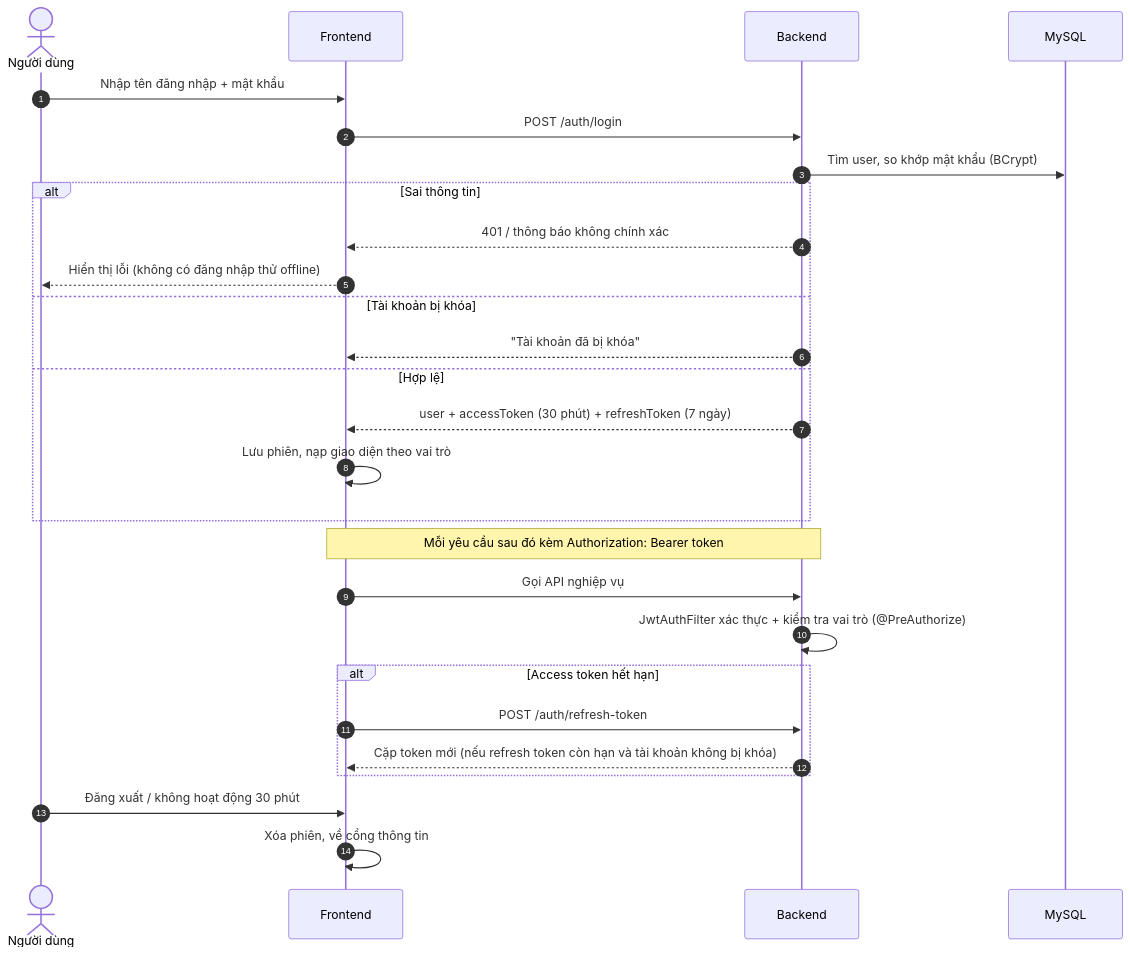
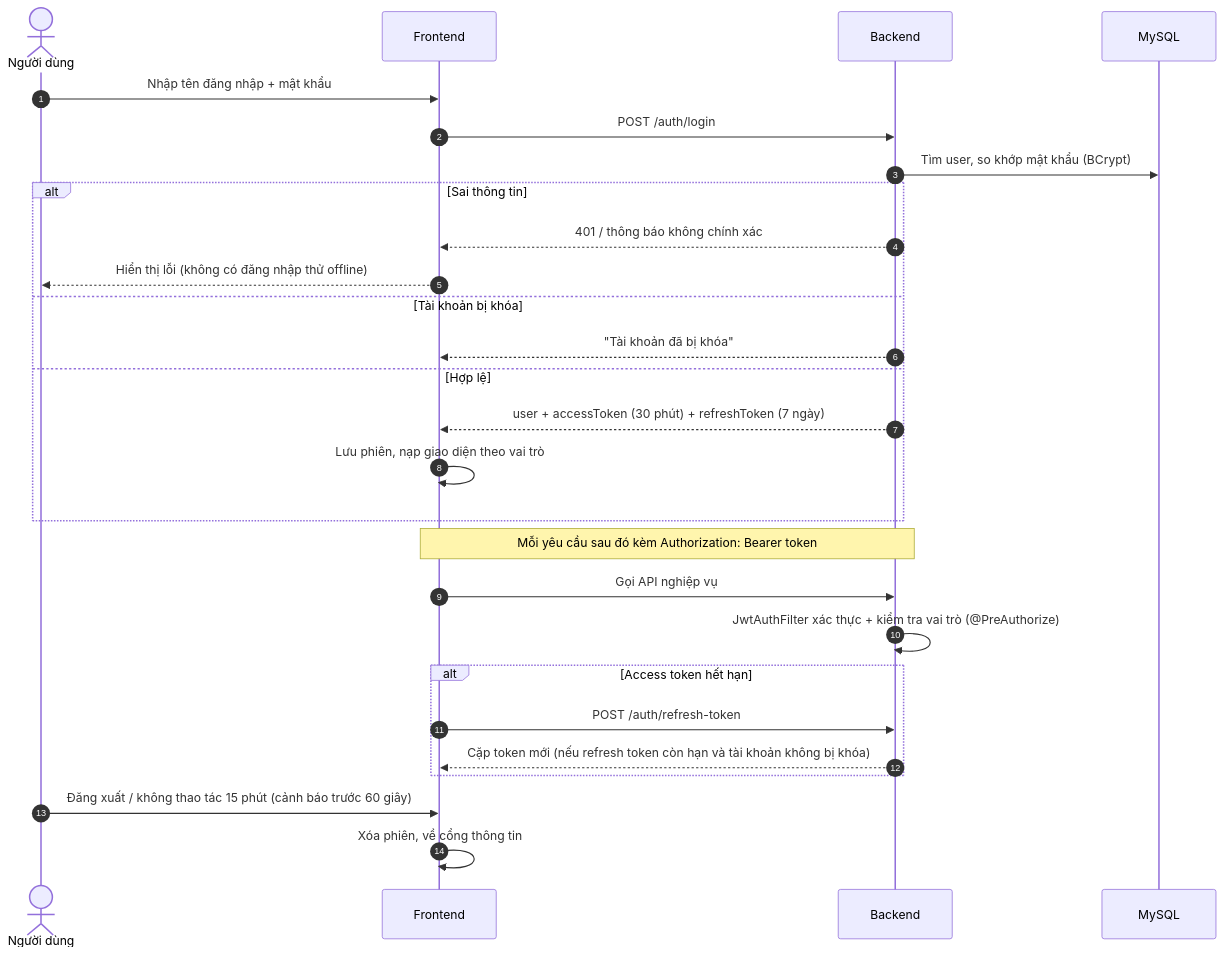
Before and after one commit to dinhson-11/MyPhatHospital: the fifth of 16 diagrams in LUONG_HOAT_DONG.md, drawn with Mermaid. The commit also changed other lines of this file and 134 other files, not shown here.

````diff
--- a/LUONG_HOAT_DONG.md
+++ b/LUONG_HOAT_DONG.md
@@ -126,31 +126,31 @@
 ```mermaid
 sequenceDiagram
     autonumber
     actor U as Người dùng
     participant F as Frontend
     participant B as Backend
     participant DB as MySQL
 
     U->>F: Nhập tên đăng nhập + mật khẩu
     F->>B: POST /auth/login
     B->>DB: Tìm user, so khớp mật khẩu (BCrypt)
     alt Sai thông tin
         B-->>F: 401 / thông báo không chính xác
         F-->>U: Hiển thị lỗi (không có đăng nhập thử offline)
     else Tài khoản bị khóa
         B-->>F: "Tài khoản đã bị khóa"
     else Hợp lệ
         B-->>F: user + accessToken (30 phút) + refreshToken (7 ngày)
         F->>F: Lưu phiên, nạp giao diện theo vai trò
     end
 
     Note over F,B: Mỗi yêu cầu sau đó kèm Authorization: Bearer token
     F->>B: Gọi API nghiệp vụ
     B->>B: JwtAuthFilter xác thực + kiểm tra vai trò (@PreAuthorize)
     alt Access token hết hạn
         F->>B: POST /auth/refresh-token
         B-->>F: Cặp token mới (nếu refresh token còn hạn và tài khoản không bị khóa)
     end
-    U->>F: Đăng xuất / không hoạt động 30 phút
+    U->>F: Đăng xuất / không thao tác 15 phút (cảnh báo trước 60 giây)
     F->>F: Xóa phiên, về cổng thông tin
 ```
````
